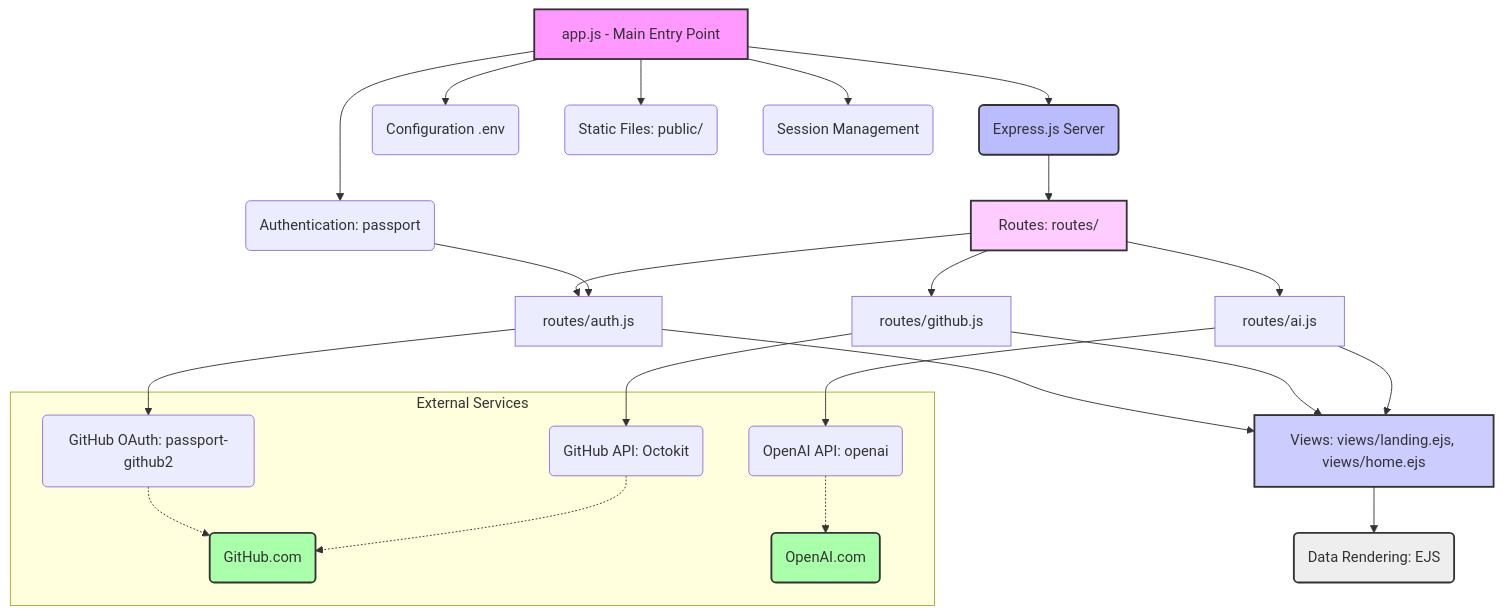
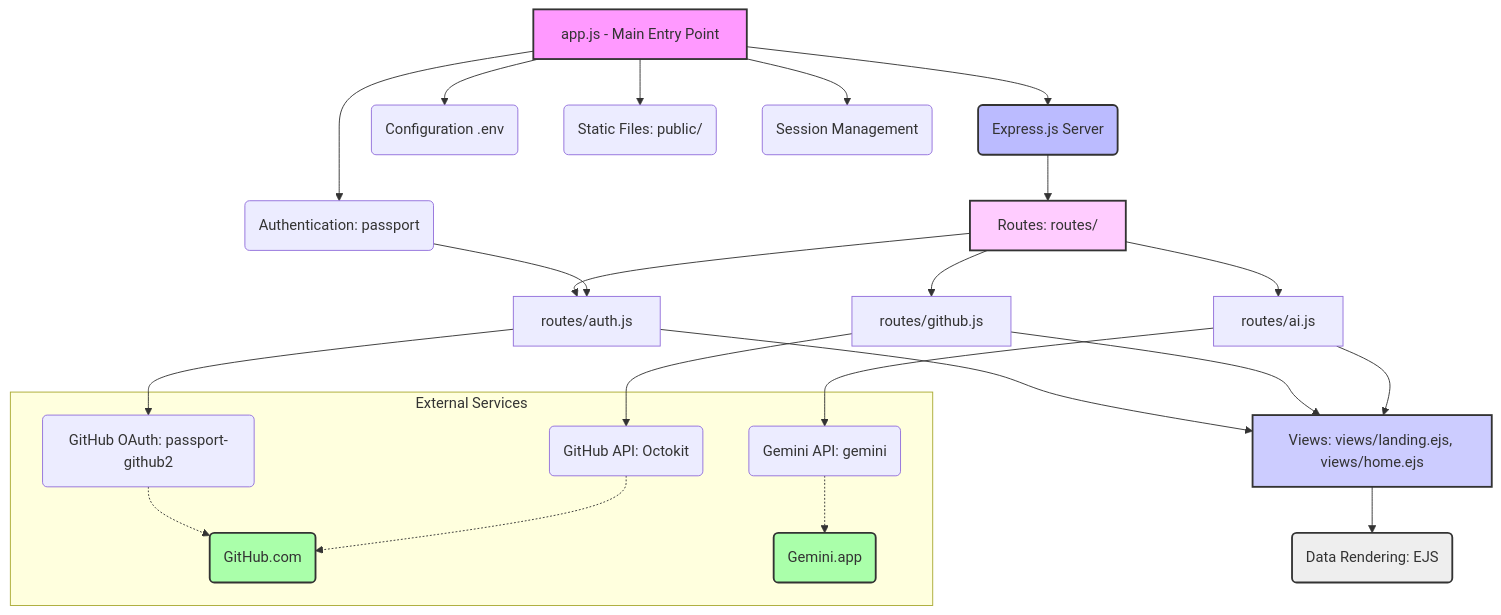
Before and after one commit to Kasa-Harendra/Readme-Generator: the diagram in README.md, drawn with Mermaid. The commit also changed other lines of this file, not shown here.

Commit message:
Restore README content and update dependency graph
Restored README content and updated dependency graph.

````diff
--- a/README.md
+++ b/README.md
@@ -57,40 +57,40 @@
 ```mermaid
 graph TD
     A[app.js - Main Entry Point] --> B(Express.js Server);
     A --> C(Configuration .env);
     A --> D(Static Files: public/);
     A --> E(Session Management);
     A --> F(Authentication: passport);
 
     B --> G[Routes: routes/];
     G --> G1[routes/auth.js];
     G --> G2[routes/github.js];
     G --> G3[routes/ai.js];
 
     F --> G1;
     G1 --> H(GitHub OAuth: passport-github2);
 
     G2 --> I(GitHub API: Octokit);
 
-    G3 --> J(OpenAI API: openai);
+    G3 --> J(Gemini API: gemini);
 
     G1 --> K[Views: views/landing.ejs, views/home.ejs];
     G2 --> K;
     G3 --> K;
 
     K --> L(Data Rendering: EJS);
 
     subgraph External Services
         H -.-> M(GitHub.com);
         I -.-> M;
-        J -.-> N(OpenAI.com);
+        J -.-> N(Gemini.app);
     end
 
     style A fill:#f9f,stroke:#333,stroke-width:2px;
     style B fill:#bbf,stroke:#333,stroke-width:2px;
     style G fill:#fcf,stroke:#333,stroke-width:2px;
     style K fill:#ccf,stroke:#333,stroke-width:2px;
     style L fill:#eee,stroke:#333,stroke-width:2px;
     style M fill:#afa,stroke:#333,stroke-width:2px;
     style N fill:#afa,stroke:#333,stroke-width:2px;
 ```
````
